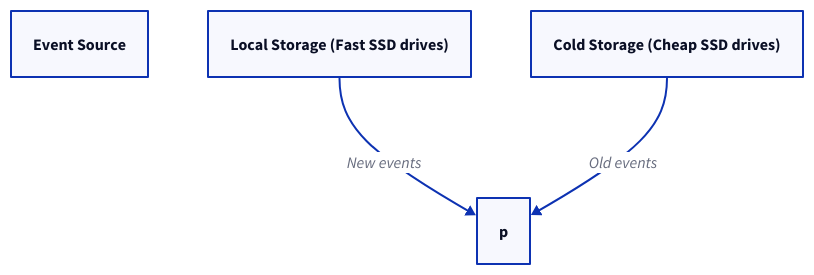
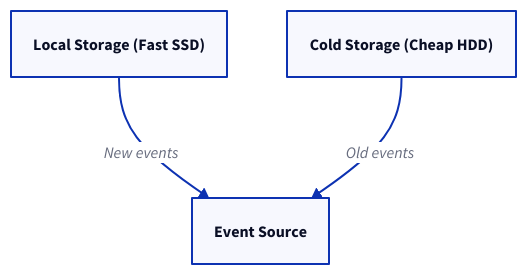
The tenth of 17 diagrams in content/docs/design-patterns/event-driven-architecture/event-sourcing.md (link1905/system-design-101), drawn with D2 before and after one commit. The commit also changed other lines of this file and 11 other files, not shown here.

````diff
--- a/content/docs/design-patterns/event-driven-architecture/event-sourcing.md
+++ b/content/docs/design-patterns/event-driven-architecture/event-sourcing.md
@@ -342,13 +314,13 @@
 ```d2
 e: Event Source {
     class: mq
 }
-l: Local Storage (Fast SSD drives) {
+l: Local Storage (Fast SSD) {
     class: hd
 }
-c: Cold Storage (Cheap SSD drives) {
+c: Cold Storage (Cheap HDD) {
     class: hd
 }
-p <- l: New events
-p <- c: Old events
+e <- l: New events
+e <- c: Old events
 ```
````
